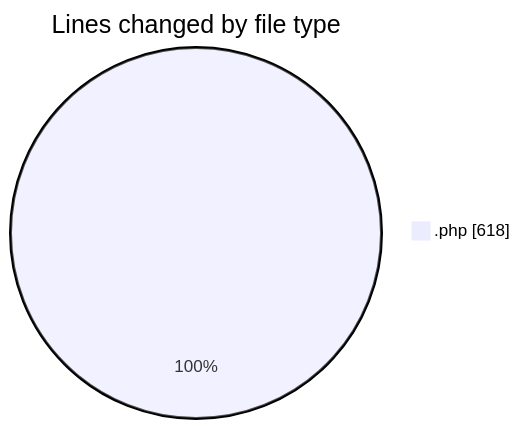
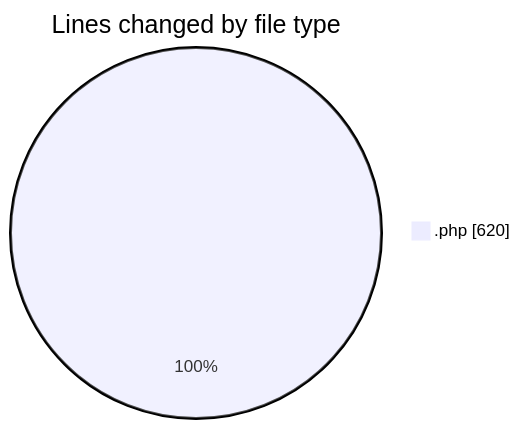
Before and after one commit to LanceThiago/code-tracking: the first of 2 diagrams in 2026-08-27/oficina/README.md, drawn with Mermaid. The commit also changed other lines of this file and 1 other file, not shown here.

````diff
--- a/2026-08-27/oficina/README.md
+++ b/2026-08-27/oficina/README.md
@@ -21,5 +21,5 @@
 ```mermaid
 pie showData
 title Lines changed by file type
-".php" : 618
+".php" : 620
 ```
````
